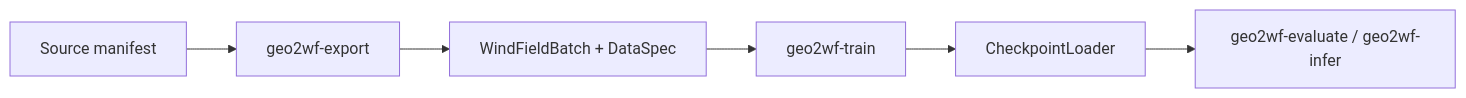
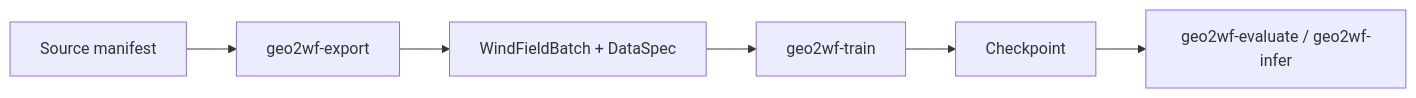
The diagram in docs/getting-started/index.md (simon-donike/geo2wf), drawn with Mermaid before and after one commit. The commit also changed other lines of this file and 37 other files, not shown here.

````diff
--- a/docs/getting-started/index.md
+++ b/docs/getting-started/index.md
@@ -6,8 +6,8 @@
 ```mermaid
 flowchart LR
   A[Source manifest] --> B[geo2wf-export]
   B --> C[WindFieldBatch + DataSpec]
   C --> D[geo2wf-train]
-  D --> E[CheckpointLoader]
+  D --> E[Checkpoint]
   E --> F[geo2wf-evaluate / geo2wf-infer]
 ```
````
